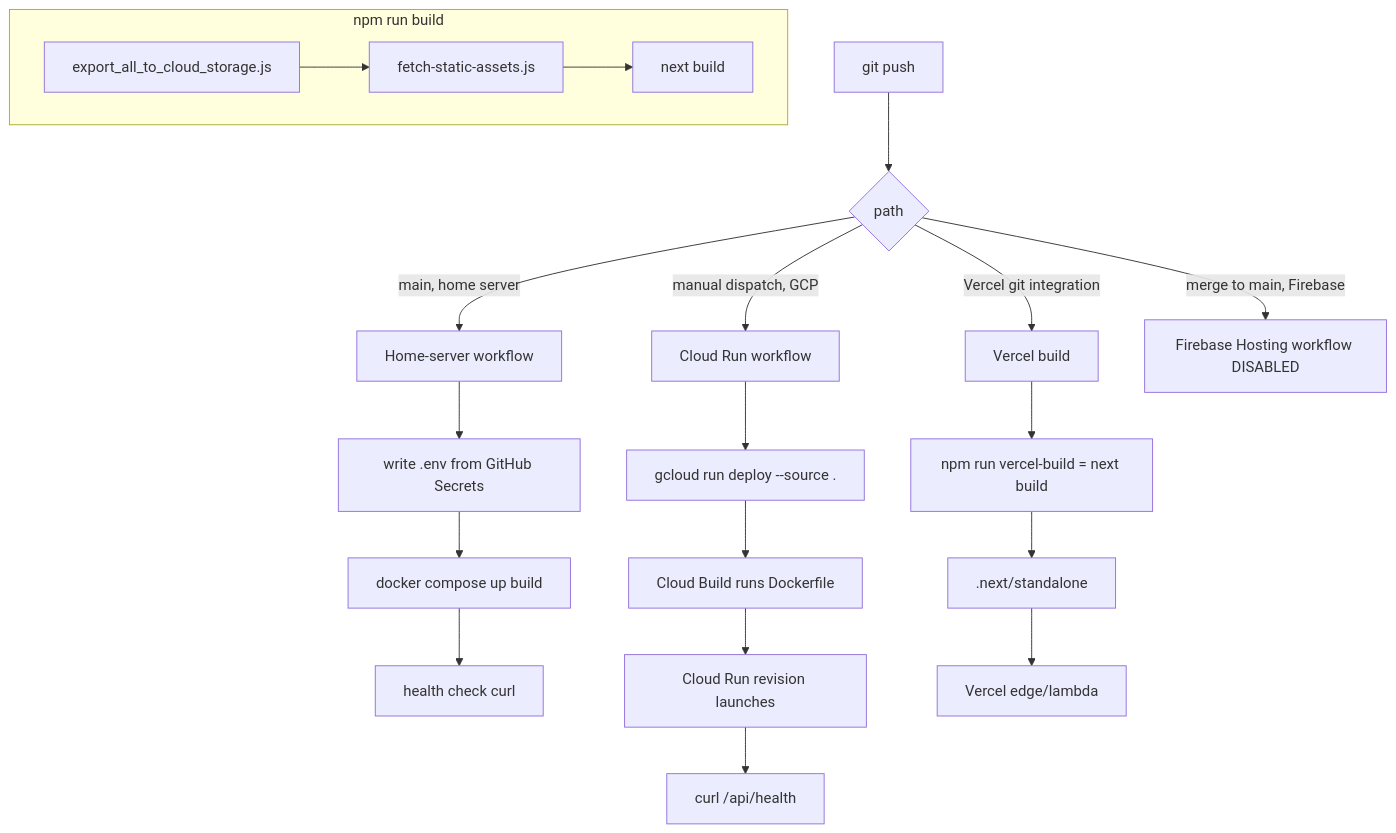
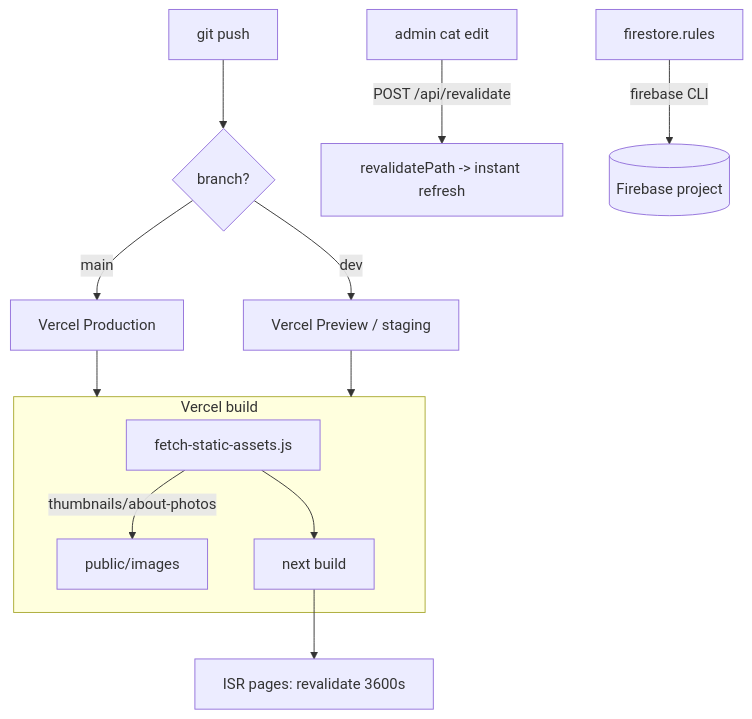
The first of 2 diagrams in docs/codebase/deployment-and-build.md (wwolfyy/mohocat), drawn with Mermaid before and after one commit. The commit also changed other lines of this file and 12 other files, not shown here.

````diff
--- a/docs/codebase/deployment-and-build.md
+++ b/docs/codebase/deployment-and-build.md
@@ -41,28 +27,15 @@
 ```mermaid
 flowchart TD
-    Push[git push] --> CI{path}
-    CI -->|main, home server| Home[Home-server workflow]
-    CI -->|manual dispatch, GCP| CR[Cloud Run workflow]
-    CI -->|Vercel git integration| Vercel[Vercel build]
-    CI -->|merge to main, Firebase| FB[Firebase Hosting workflow DISABLED]
-
-    Home --> EnvFile[write .env from GitHub Secrets]
-    EnvFile --> Compose[docker compose up build]
-    Compose --> Curl[health check curl]
-
-    CR --> Source[gcloud run deploy --source .]
-    Source --> CRBuild[Cloud Build runs Dockerfile]
-    CRBuild --> RunRev[Cloud Run revision launches]
-    RunRev --> CRH[curl /api/health]
-
-    Vercel --> NextBuild[npm run vercel-build = next build]
-    NextBuild --> Standalone[.next/standalone]
-    Standalone --> VercelEdge[Vercel edge/lambda]
-
-    subgraph LocalBuild[npm run build]
-        Export[export_all_to_cloud_storage.js]
-        Fetch[fetch-static-assets.js]
-        NB[next build]
-        Export --> Fetch --> NB
+    Dev[git push] --> Branch{branch?}
+    Branch -->|main| Prod[Vercel Production]
+    Branch -->|dev| Preview[Vercel Preview / staging]
+    subgraph Build[Vercel build]
+        Fetch[fetch-static-assets.js] -->|thumbnails/about-photos| Public[public/images]
+        Fetch --> NextBuild[next build]
     end
+    Prod --> Build
+    Preview --> Build
+    NextBuild --> ISR[ISR pages: revalidate 3600s]
+    Admin[admin cat edit] -->|POST /api/revalidate| OnDemand[revalidatePath -> instant refresh]
+    Rules[firestore.rules] -->|firebase CLI| Firebase[(Firebase project)]
 ```
````
